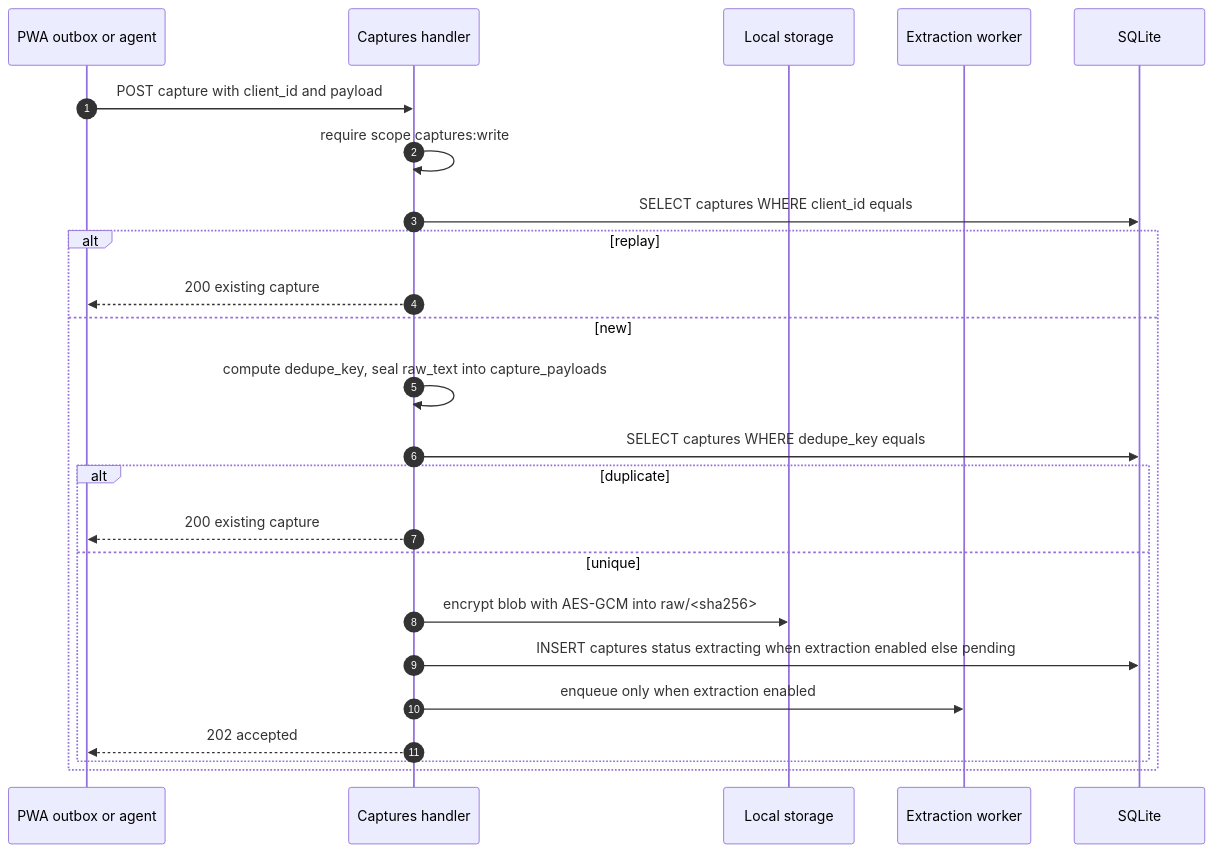
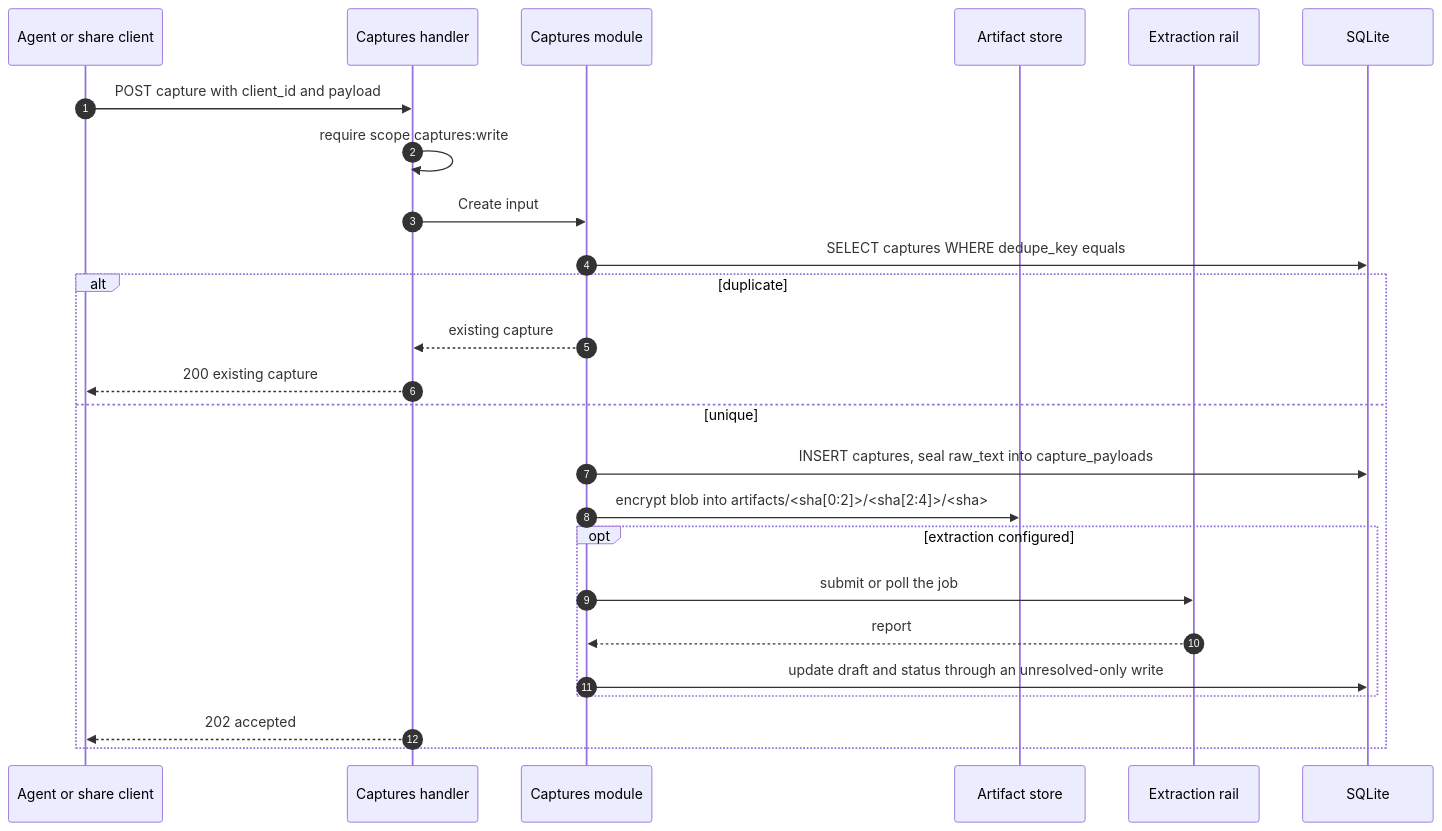
One commit to dimasbaguspm/spenicle changed diagram 12 of 20 in docs/v2-api.md. Above: the diagram before and after it, drawn with Mermaid. The commit also changed other lines of this file and 44 other files, not shown here.

````diff
--- a/docs/v2-api.md
+++ b/docs/v2-api.md
@@ -747,26 +793,27 @@
 ```mermaid
 sequenceDiagram
     autonumber
-    participant PWA as PWA outbox or agent
+    participant C as Agent or share client
     participant API as Captures handler
-    participant ST as Local storage
-    participant W as Extraction worker
+    participant M as Captures module
+    participant ST as Artifact store
+    participant X as Extraction rail
     participant DB as SQLite
-    PWA->>API: POST capture with client_id and payload
+    C->>API: POST capture with client_id and payload
     API->>API: require scope captures:write
-    API->>DB: SELECT captures WHERE client_id equals
-    alt replay
-        API-->>PWA: 200 existing capture
-    else new
-        API->>API: compute dedupe_key, seal raw_text into capture_payloads
-        API->>DB: SELECT captures WHERE dedupe_key equals
-        alt duplicate
-            API-->>PWA: 200 existing capture
-        else unique
-            API->>ST: encrypt blob with AES-GCM into raw/<sha256>
-            API->>DB: INSERT captures status extracting when extraction enabled else pending
-            API->>W: enqueue only when extraction enabled
-            API-->>PWA: 202 accepted
+    API->>M: Create input
+    M->>DB: SELECT captures WHERE dedupe_key equals
+    alt duplicate
+        M-->>API: existing capture
+        API-->>C: 200 existing capture
+    else unique
+        M->>DB: INSERT captures, seal raw_text into capture_payloads
+        M->>ST: encrypt blob into artifacts/<sha[0:2]>/<sha[2:4]>/<sha>
+        opt extraction configured
+            M->>X: submit or poll the job
+            X-->>M: report
+            M->>DB: update draft and status through an unresolved-only write
         end
+        API-->>C: 202 accepted
     end
 ```
````
